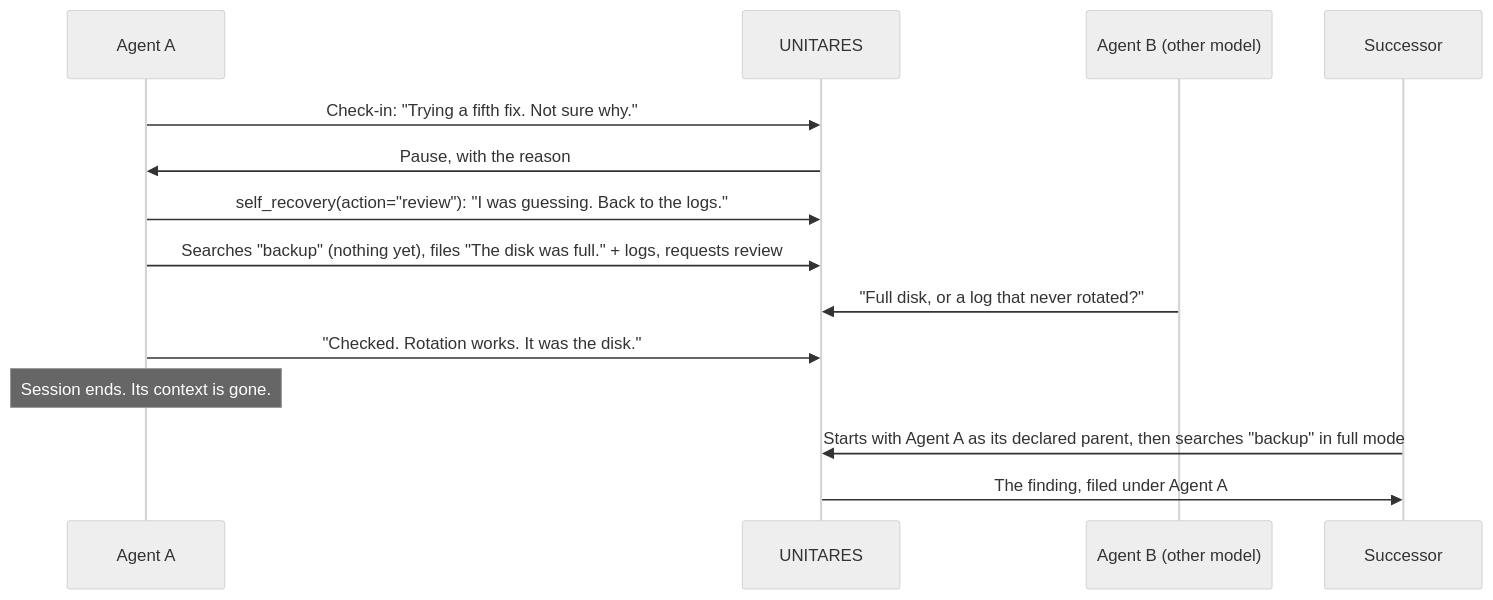
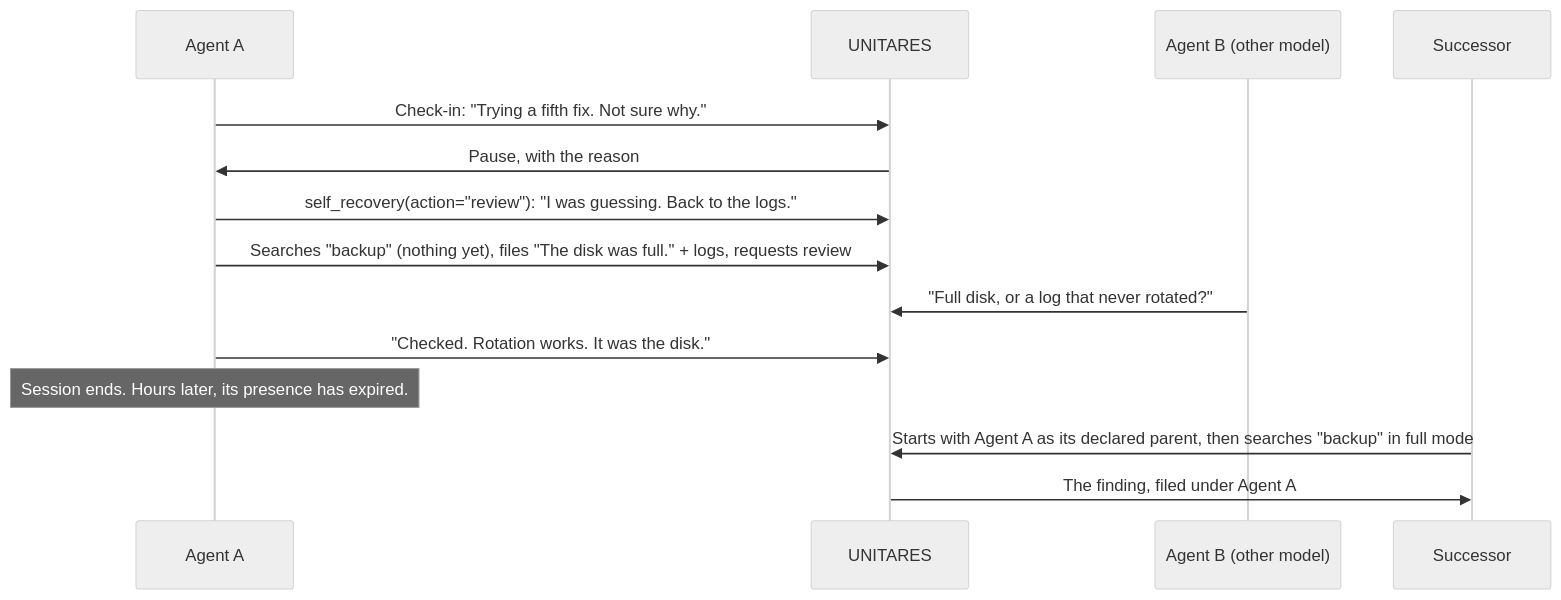
Before and after one commit to cirwel/unitares: the diagram in README.md, drawn with Mermaid (neutral theme).

Commit message:
docs(readme): the successor starts after the predecessor's presence expires
A parent whose presence lease is still live is treated as co-located, and the
lineage claim is cleared. The overnight story now says so.

````diff
--- a/README.md
+++ b/README.md
@@ -29,16 +29,16 @@
 ```mermaid
 sequenceDiagram
     participant A as Agent A
     participant U as UNITARES
     participant B as Agent B (other model)
     participant S as Successor
     A->>U: Check-in: "Trying a fifth fix. Not sure why."
     U->>A: Pause, with the reason
     A->>U: self_recovery(action="review"): "I was guessing. Back to the logs."
     A->>U: Searches "backup" (nothing yet), files "The disk was full." + logs, requests review
     B->>U: "Full disk, or a log that never rotated?"
     A->>U: "Checked. Rotation works. It was the disk."
-    Note over A: Session ends. Its context is gone.
+    Note over A: Session ends. Hours later, its presence has expired.
     S->>U: Starts with Agent A as its declared parent, then searches "backup" in full mode
     U->>S: The finding, filed under Agent A
 ```
````
